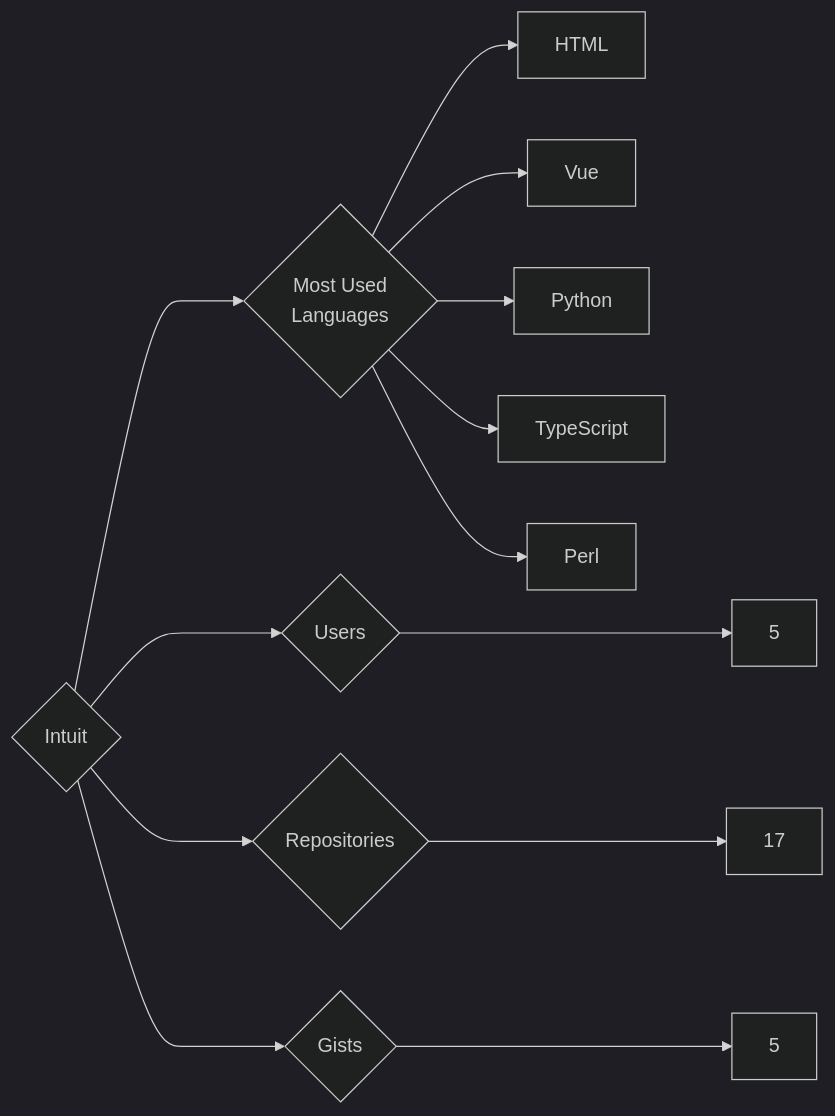
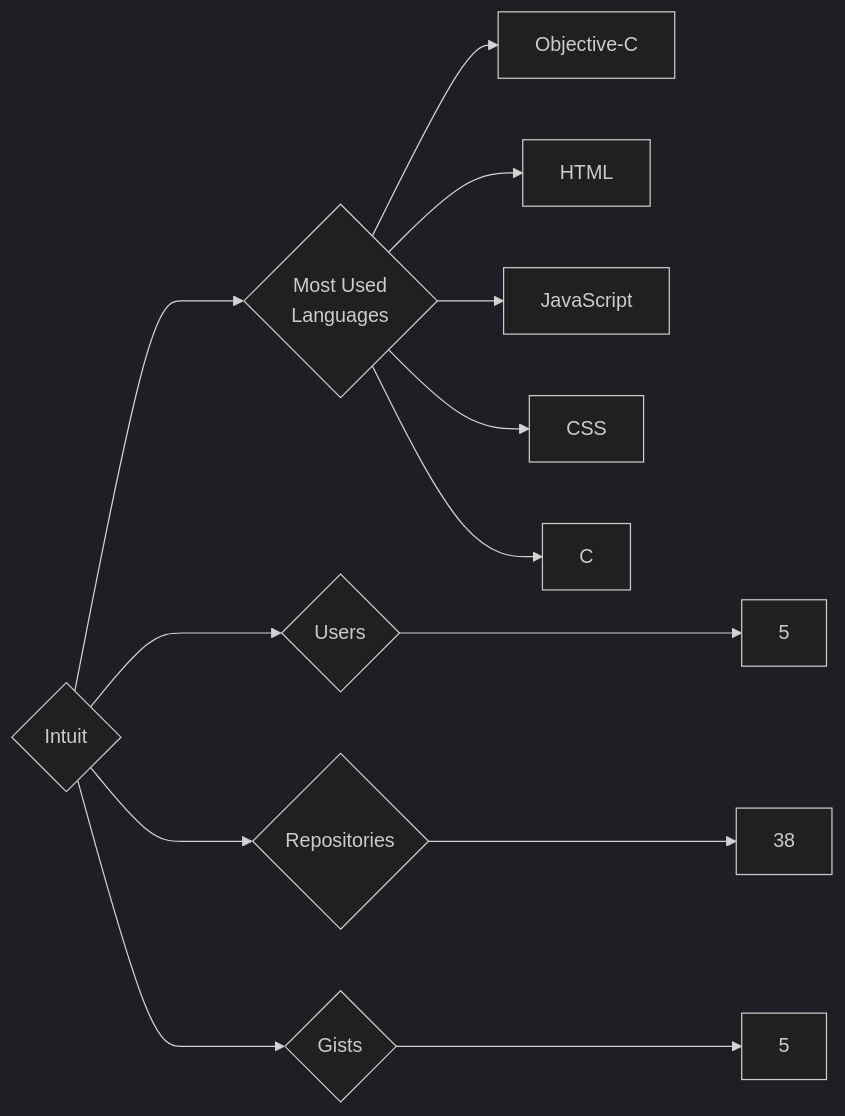
One commit to trickest/insiders changed the diagram in targets/Intuit/README.md. Above: the diagram before and after it, drawn with Mermaid (dark theme). The commit also changed 1141 other files, not shown here.

````diff
--- a/targets/Intuit/README.md
+++ b/targets/Intuit/README.md
@@ -3,13 +3,13 @@
 ```mermaid
 graph LR
 COMPANY_NAME{Intuit}
 COMPANY_NAME ---> U{Users} ---> UN[5]
-COMPANY_NAME ---> R{Repositories} ---> RN[17]
+COMPANY_NAME ---> R{Repositories} ---> RN[38]
 COMPANY_NAME ---> G{Gists} ---> GN[5]
 COMPANY_NAME ---> ML{Most Used<br>Languages}
+ML --> Objective-C[Objective-C]
 ML --> HTML[HTML]
-ML --> Vue[Vue]
-ML --> Python[Python]
-ML --> TypeScript[TypeScript]
-ML --> Perl[Perl]
+ML --> JavaScript[JavaScript]
+ML --> CSS[CSS]
+ML --> C[C]
 ```
````
